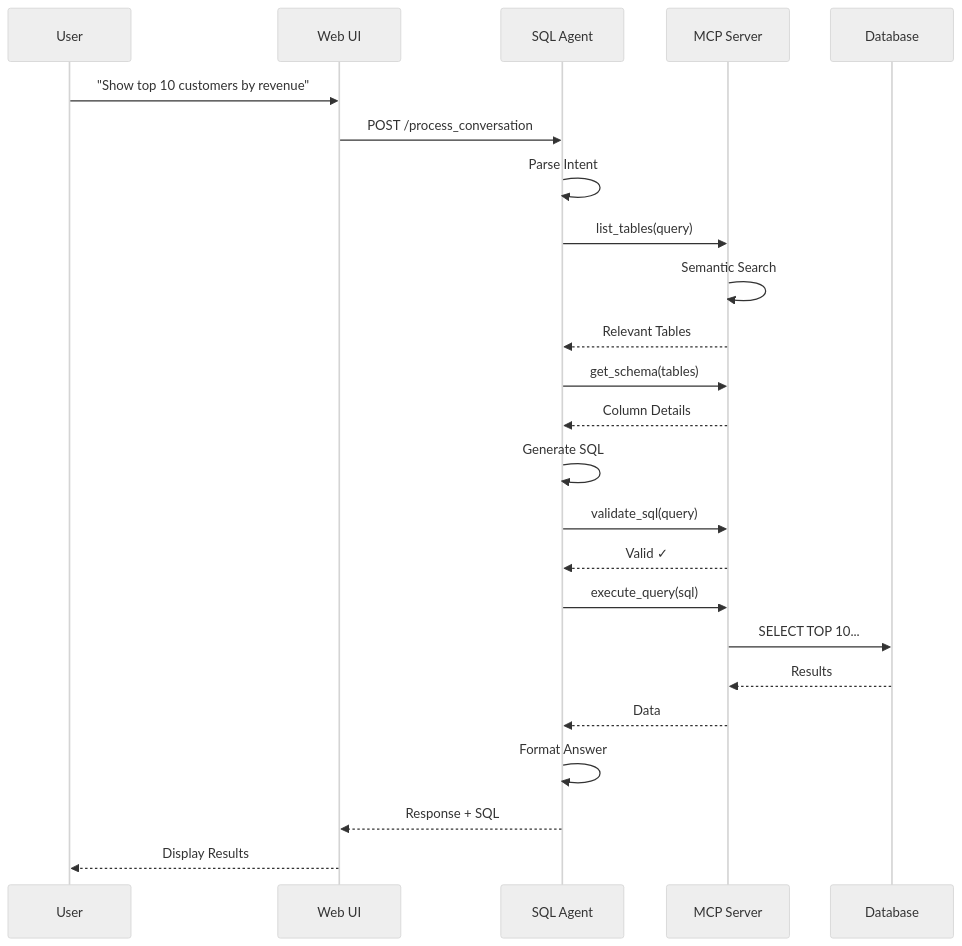
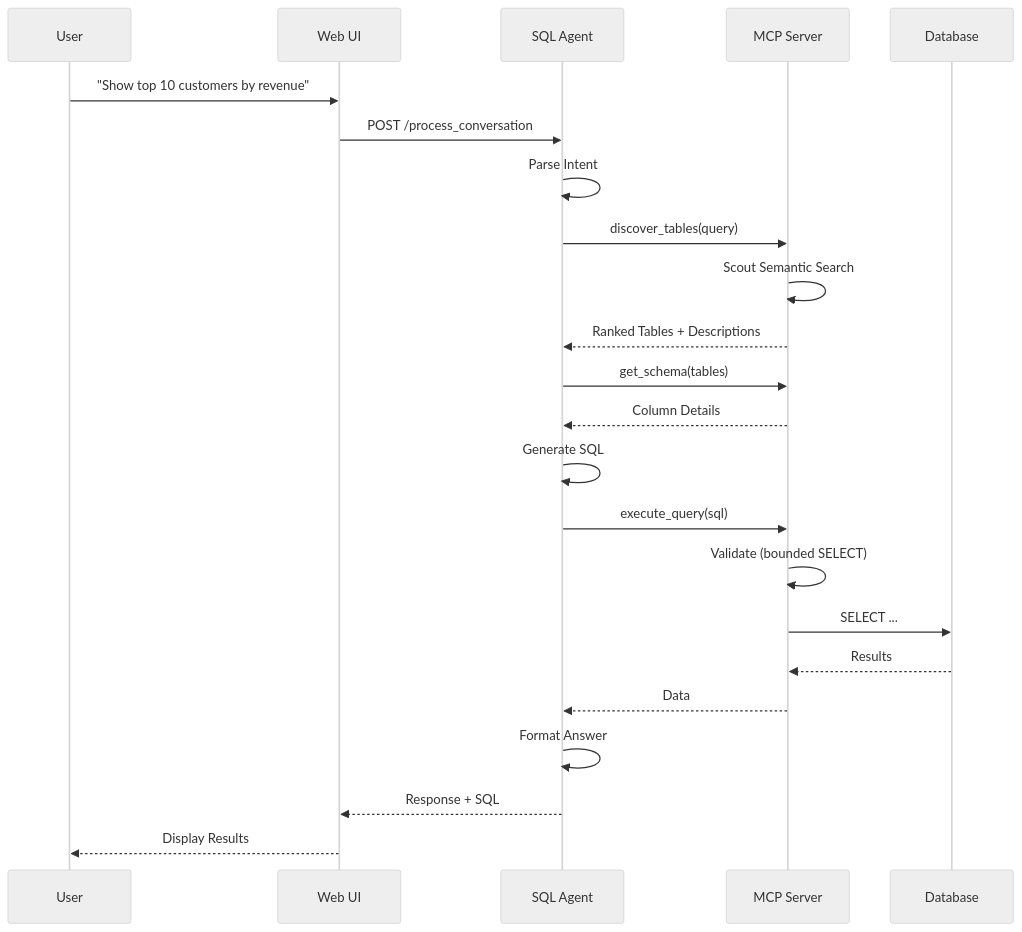
One commit to julianus-kath/proactive-context-learning changed the second of 3 diagrams in README.md. Above: the diagram before and after it, drawn with Mermaid (neutral theme). The commit also changed other lines of this file and 96 other files, not shown here.

````diff
--- a/README.md
+++ b/README.md
@@ -89,32 +125,30 @@
 ```mermaid
 sequenceDiagram
     participant U as User
     participant UI as Web UI
     participant A as SQL Agent
     participant M as MCP Server
     participant DB as Database
 
     U->>UI: "Show top 10 customers by revenue"
     UI->>A: POST /process_conversation
 
     A->>A: Parse Intent
-    A->>M: list_tables(query)
-    M->>M: Semantic Search
-    M-->>A: Relevant Tables
+    A->>M: discover_tables(query)
+    M->>M: Scout Semantic Search
+    M-->>A: Ranked Tables + Descriptions
 
     A->>M: get_schema(tables)
     M-->>A: Column Details
 
     A->>A: Generate SQL
-    A->>M: validate_sql(query)
-    M-->>A: Valid ✓
-
     A->>M: execute_query(sql)
-    M->>DB: SELECT TOP 10...
+    M->>M: Validate (bounded SELECT)
+    M->>DB: SELECT ...
     DB-->>M: Results
     M-->>A: Data
 
     A->>A: Format Answer
     A-->>UI: Response + SQL
     UI-->>U: Display Results
 ```
````
